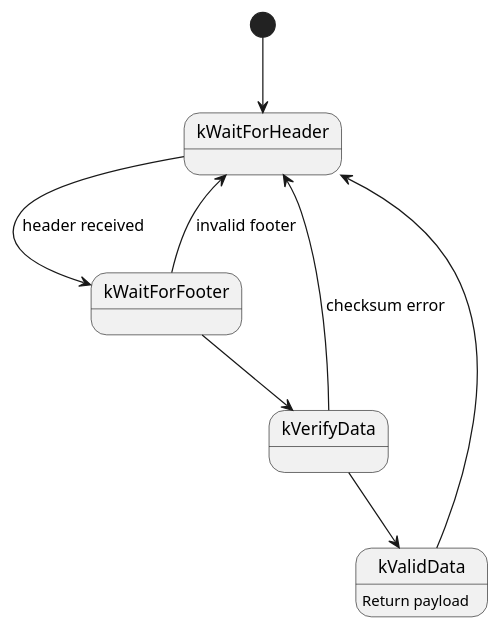
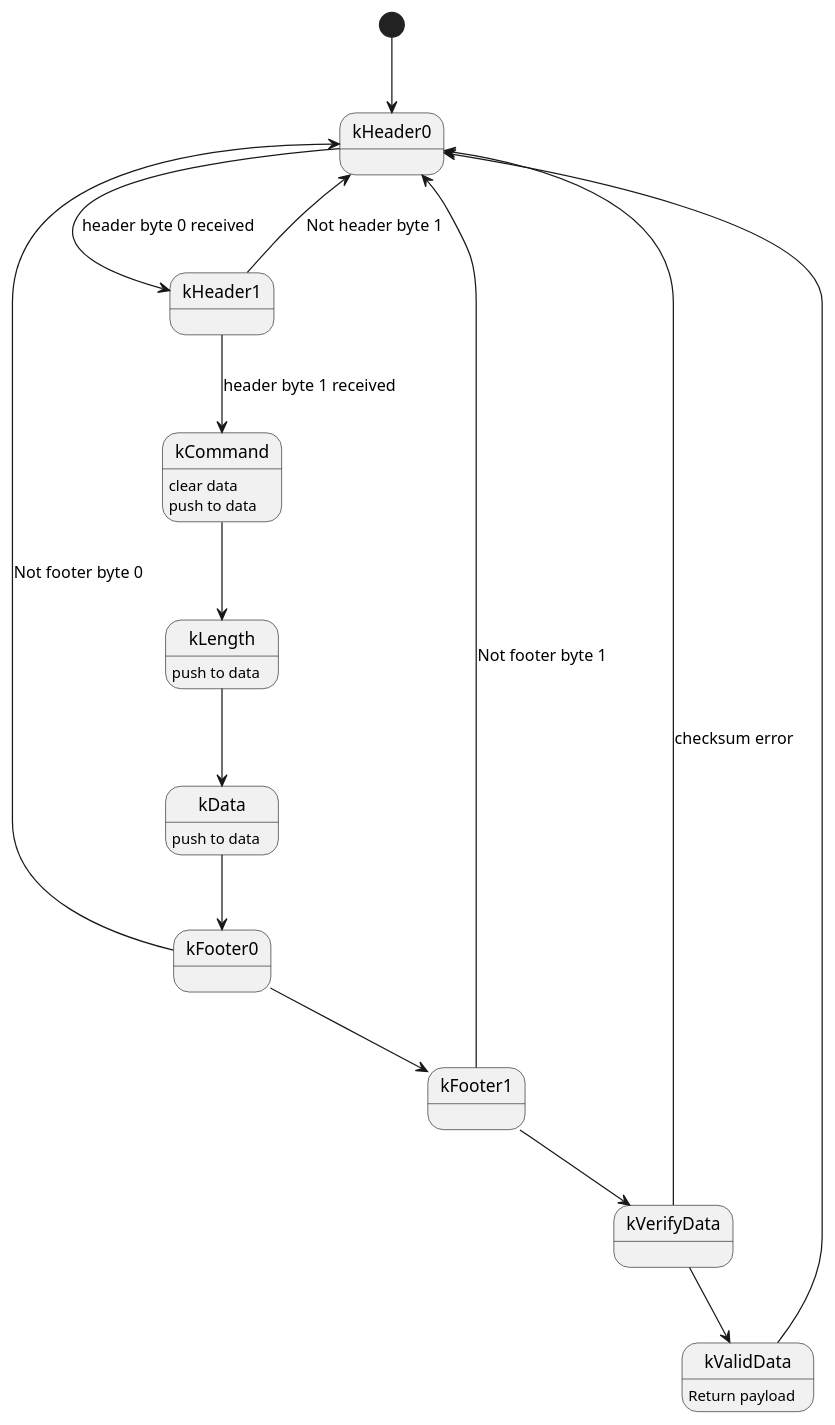
One commit to SimonKagstrom/radbuzz changed the diagram in src/ble_handler/king_shark_bms_state_machine.pu. Above: the diagram before and after it, drawn with PlantUML. The commit also changed 3 other files, not shown here.

```diff
--- a/src/ble_handler/king_shark_bms_state_machine.pu
+++ b/src/ble_handler/king_shark_bms_state_machine.pu
@@ -1,20 +1,36 @@
 @startuml
 
-state kWaitForHeader
-state kWaitForFooter
-state kVerifyData
+state kHeader0
+state kHeader1
+state kCommand : clear data\npush to data
+state kLength : push to data
+
+state kData : push to data
+state kFooter0
+state kFooter1
+
 state kValidData : Return payload
 
-[*] --> kWaitForHeader
+[*] --> kHeader0
 
-kWaitForHeader --> kWaitForFooter : header received
+kHeader0 --> kHeader1 : header byte 0 received
 
-kWaitForFooter --> kVerifyData
-kWaitForFooter --> kWaitForHeader : invalid footer
+kHeader1 --> kCommand : header byte 1 received
+kHeader1 --> kHeader0 : Not header byte 1
+
+kCommand --> kLength
+
+kLength --> kData
+
+kData --> kFooter0
+kFooter0 --> kFooter1
+kFooter0 --> kHeader0 : Not footer byte 0
+kFooter1 --> kVerifyData
+kFooter1 --> kHeader0 : Not footer byte 1
 
 kVerifyData --> kValidData
-kVerifyData --> kWaitForHeader : checksum error
+kVerifyData --> kHeader0 : checksum error
 
-kValidData --> kWaitForHeader
+kValidData --> kHeader0
 
 @enduml
```
